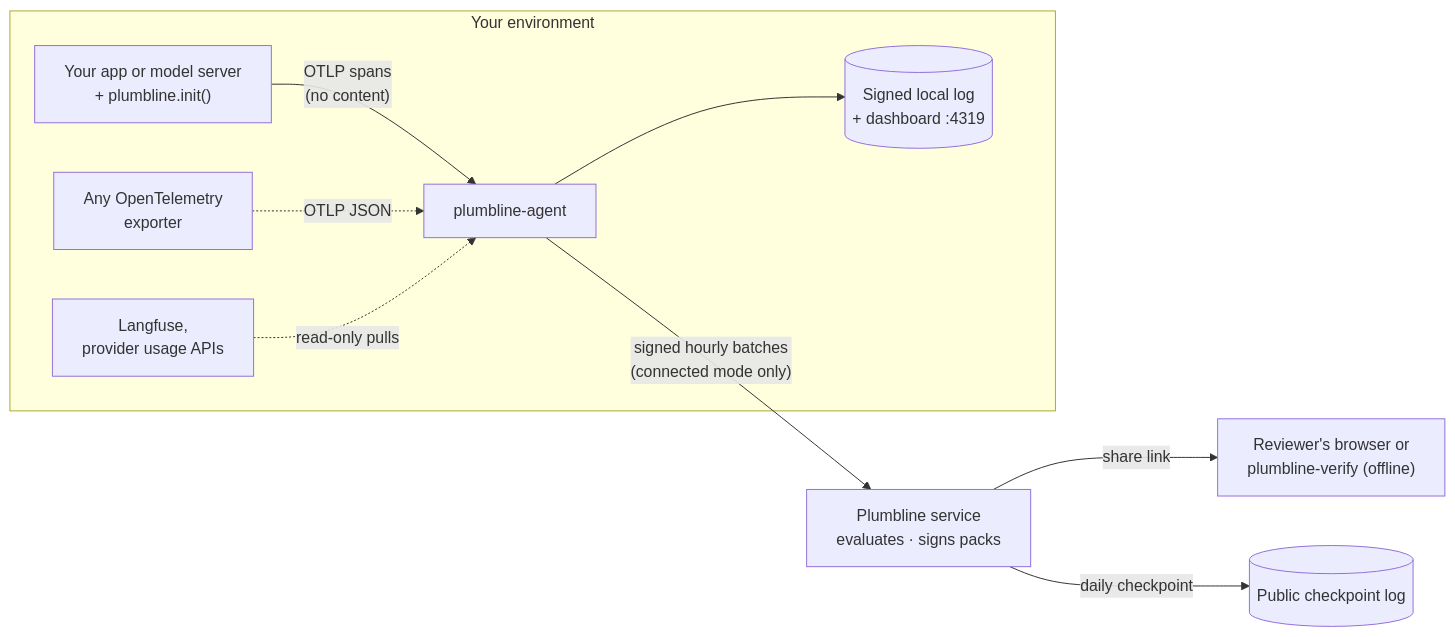
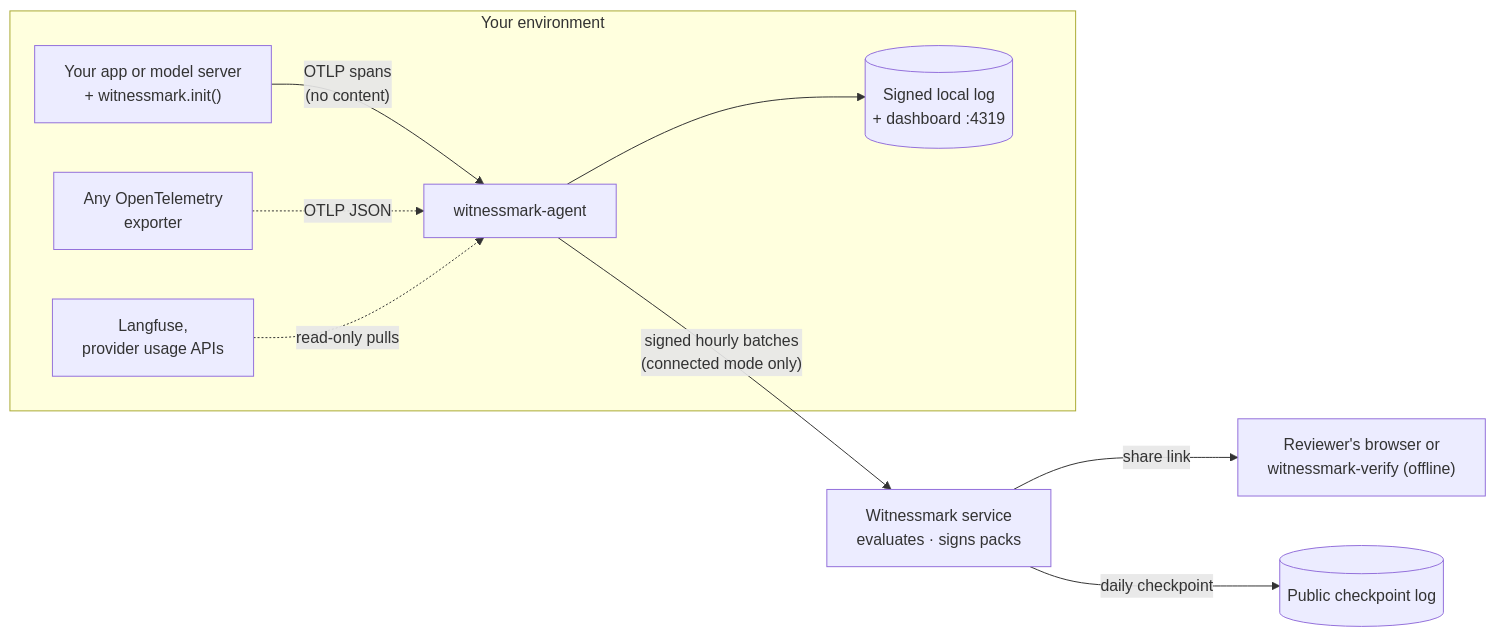
One commit to Lumetrix-Advanced-Technologies/tellproof-cloud changed the diagram in oss/README.md. Above: the diagram before and after it, drawn with Mermaid. The commit also changed other lines of this file and 195 other files, not shown here.

First line of the commit message:
Rename Plumbline to Witnessmark, keeping every v0.2 integration working

````diff
--- a/oss/README.md
+++ b/oss/README.md
@@ -155,12 +158,12 @@
 ```mermaid
 flowchart LR
   subgraph yours["Your environment"]
-    app["Your app or model server<br/>+ plumbline.init()"] -- "OTLP spans<br/>(no content)" --> agent["plumbline-agent"]
+    app["Your app or model server<br/>+ witnessmark.init()"] -- "OTLP spans<br/>(no content)" --> agent["witnessmark-agent"]
     otel["Any OpenTelemetry<br/>exporter"] -. "OTLP JSON" .-> agent
     lf["Langfuse,<br/>provider usage APIs"] -. "read-only pulls" .-> agent
     agent --> log[("Signed local log<br/>+ dashboard :4319")]
   end
-  agent -- "signed hourly batches<br/>(connected mode only)" --> svc["Plumbline service<br/>evaluates · signs packs"]
-  svc -- "share link" --> rev["Reviewer's browser or<br/>plumbline-verify (offline)"]
+  agent -- "signed hourly batches<br/>(connected mode only)" --> svc["Witnessmark service<br/>evaluates · signs packs"]
+  svc -- "share link" --> rev["Reviewer's browser or<br/>witnessmark-verify (offline)"]
   svc -- "daily checkpoint" --> pub[("Public checkpoint log")]
 ```
````
